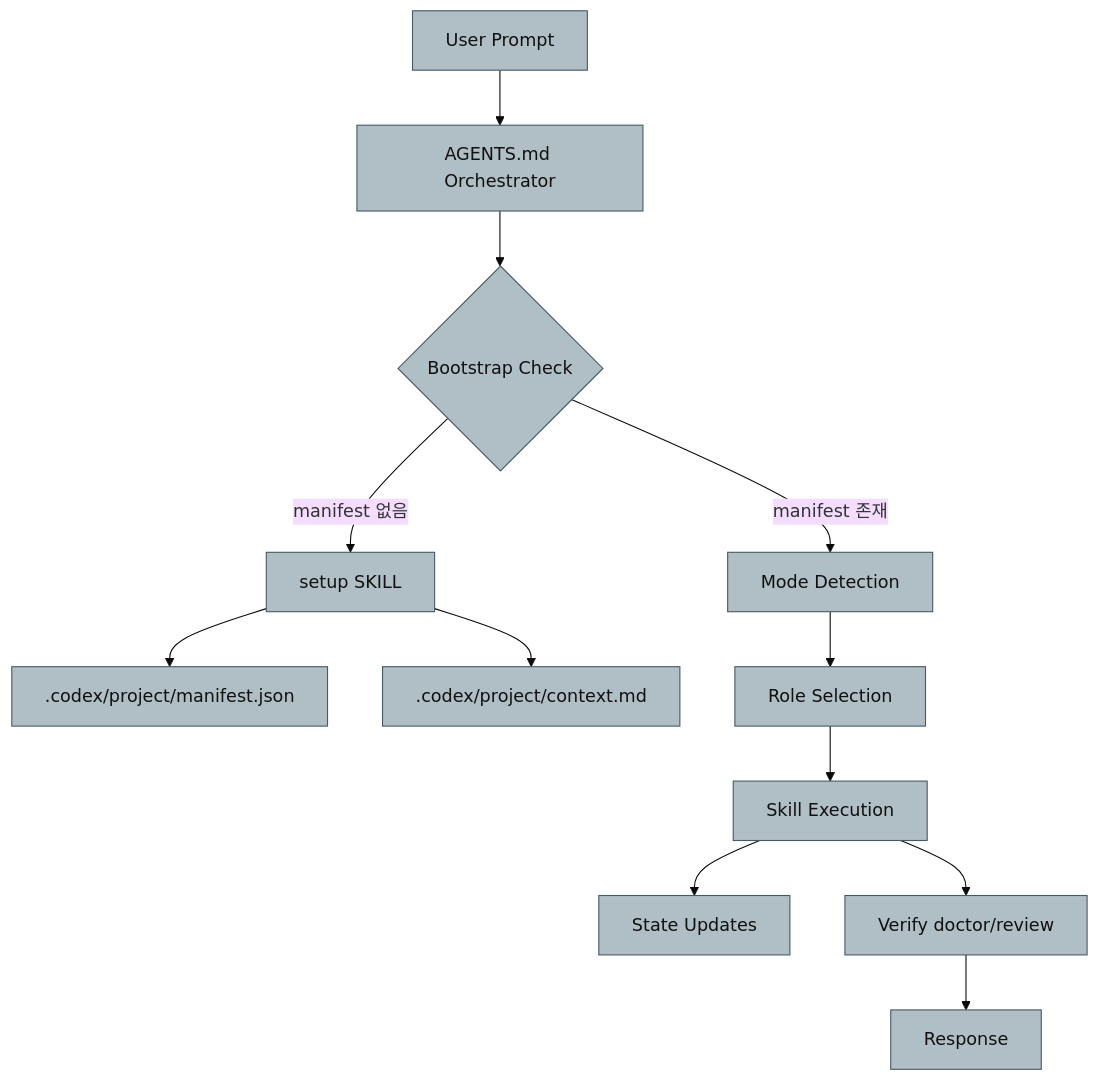
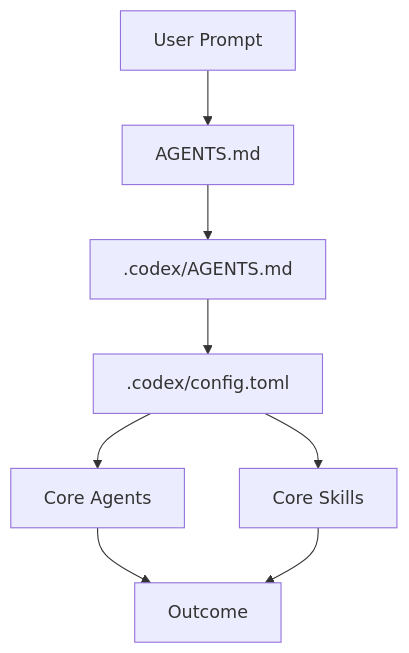
The diagram in Documents/02-architecture.md (Jimmy-Jung/codex_symbiote), drawn with Mermaid before and after one commit. The commit also changed other lines of this file and 40 other files, not shown here.

````diff
--- a/Documents/02-architecture.md
+++ b/Documents/02-architecture.md
@@ -14,17 +15,10 @@
 ```mermaid
-%%{init: {'theme':'base'}}%%
 flowchart TD
-    U[User Prompt] --> A[AGENTS.md Orchestrator]
-    A --> B{Bootstrap Check}
-    B -->|manifest 없음| S[setup SKILL]
-    B -->|manifest 존재| M[Mode Detection]
-    S --> P[.codex/project/manifest.json]
-    S --> C[.codex/project/context.md]
-    M --> R[Role Selection]
-    R --> K[Skill Execution]
-    K --> ST[State Updates]
-    K --> V[Verify doctor/review]
-    V --> O[Response]
-    classDef safe fill:#B0BEC5,stroke:#455A64,color:#111111,stroke-width:1px;
-    class U,A,B,S,P,C,M,R,K,ST,V,O safe;
+    U[User Prompt] --> A[AGENTS.md]
+    A --> C[.codex/AGENTS.md]
+    C --> CFG[.codex/config.toml]
+    CFG --> R[Core Agents]
+    CFG --> S[Core Skills]
+    R --> O[Outcome]
+    S --> O
 ```
````
